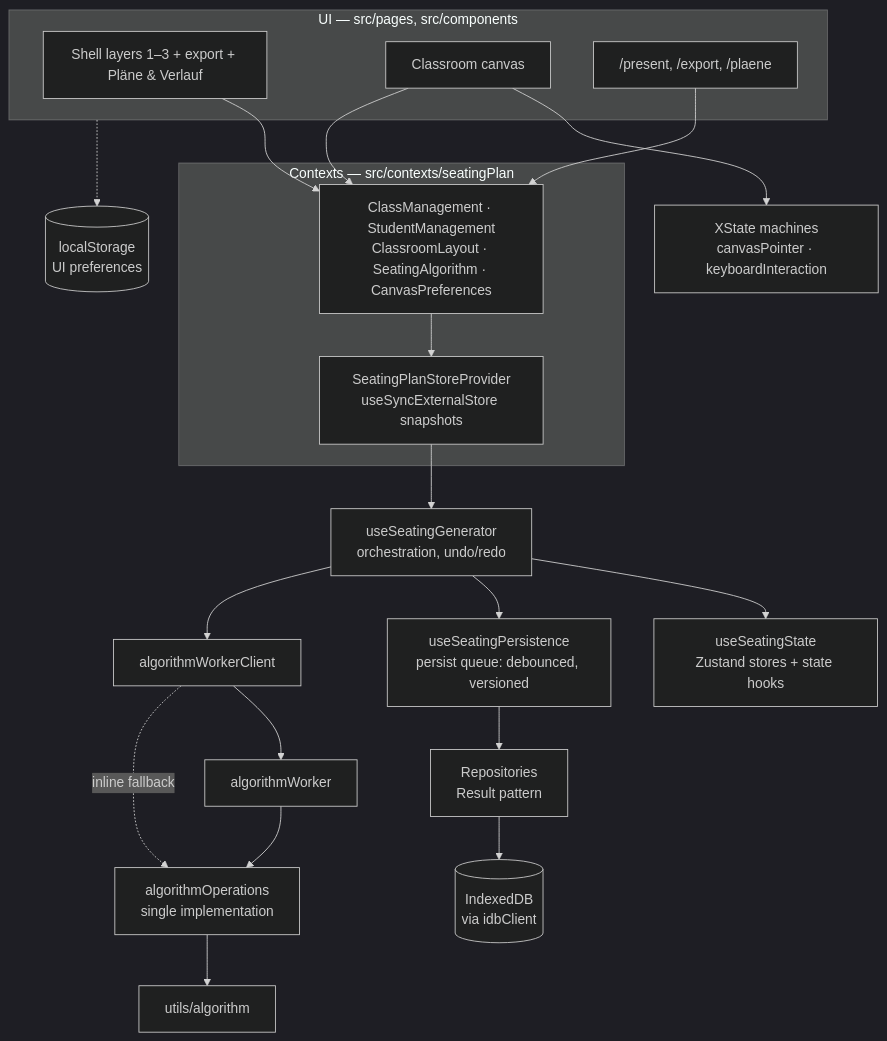
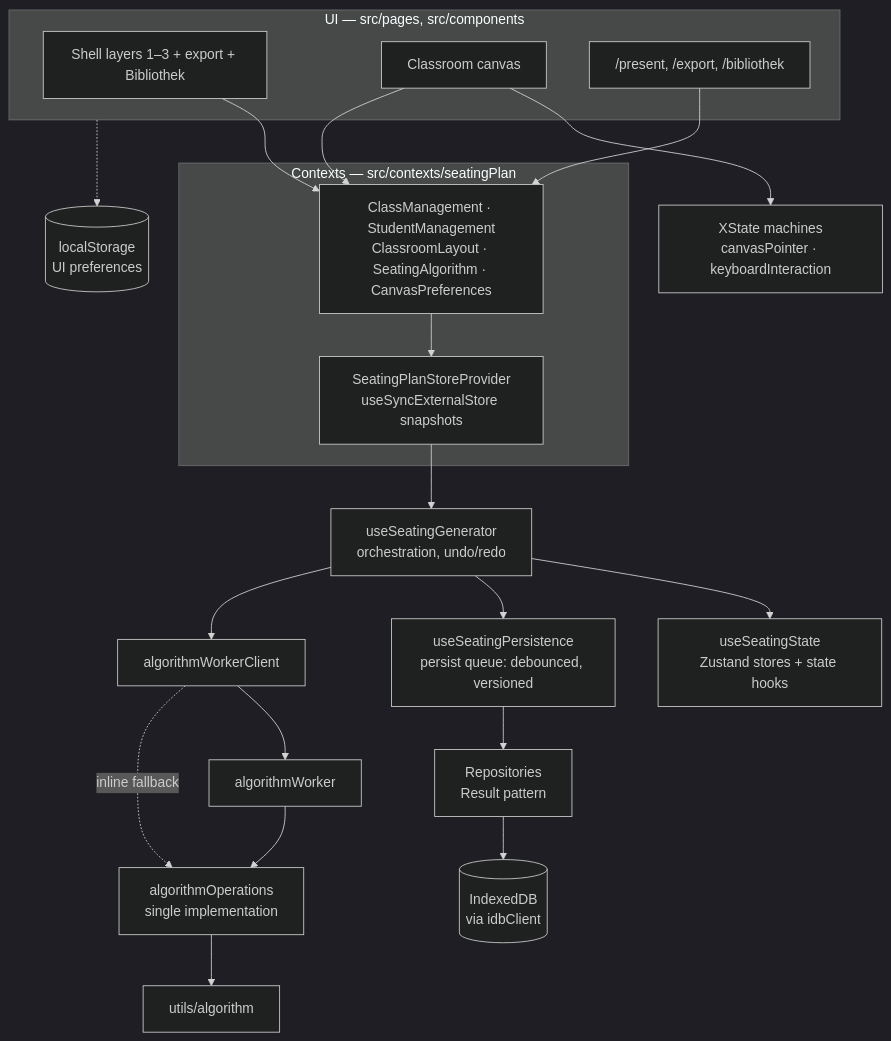
The first of 3 diagrams in docs/ARCHITECTURE.md (SirEckehard/Klassenplan), drawn with Mermaid (dark theme) before and after one commit. The commit also changed other lines of this file and 44 other files, not shown here.

First line of the commit message:
change: "Pläne & Verlauf" becomes the "Bibliothek" at /bibliothek, neighbourhoods in columns, rooms removed in the room inspector

````diff
--- a/docs/ARCHITECTURE.md
+++ b/docs/ARCHITECTURE.md
@@ -141,36 +141,36 @@
 ```mermaid
 flowchart TD
   subgraph ui["UI — src/pages, src/components"]
-    wizard["Shell layers 1–3 + export + Pläne & Verlauf"]
+    wizard["Shell layers 1–3 + export + Bibliothek"]
     canvas["Classroom canvas"]
-    present["/present, /export, /plaene"]
+    present["/present, /export, /bibliothek"]
   end
 
   subgraph ctx["Contexts — src/contexts/seatingPlan"]
     domain["ClassManagement · StudentManagement<br/>ClassroomLayout · SeatingAlgorithm · CanvasPreferences"]
     bridge["SeatingPlanStoreProvider<br/>useSyncExternalStore snapshots"]
   end
 
   generator["useSeatingGenerator<br/>orchestration, undo/redo"]
   state["useSeatingState<br/>Zustand stores + state hooks"]
   machines["XState machines<br/>canvasPointer · keyboardInteraction"]
   persistence["useSeatingPersistence<br/>persist queue: debounced, versioned"]
   repos["Repositories<br/>Result pattern"]
   idb[("IndexedDB<br/>via idbClient")]
   ls[("localStorage<br/>UI preferences")]
   client["algorithmWorkerClient"]
   worker["algorithmWorker"]
   ops["algorithmOperations<br/>single implementation"]
   algo["utils/algorithm"]
 
   wizard --> domain
   present --> domain
   canvas --> machines
   canvas --> domain
   domain --> bridge --> generator
   generator --> state
   generator --> persistence --> repos --> idb
   generator --> client --> worker --> ops --> algo
   client -.->|inline fallback| ops
   ui -.-> ls
 ```
````
